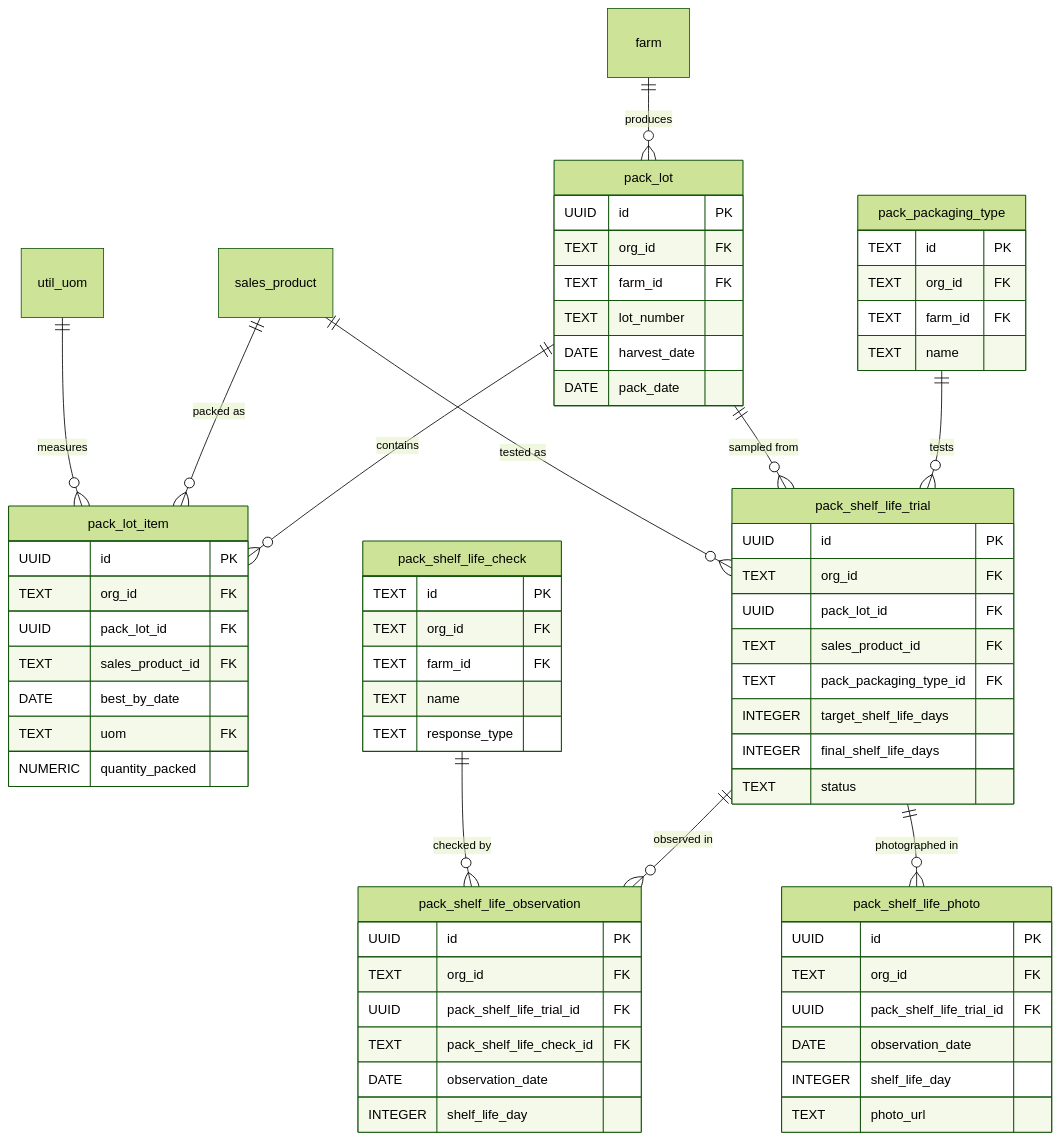
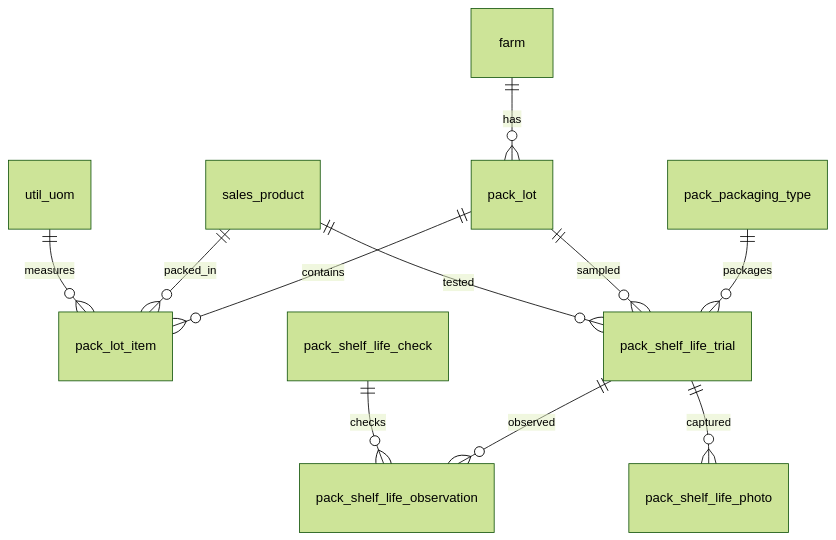
Before and after one commit to Hawaii-Farming/aloha-app: the diagram in docs/schemas/20260319_05_pack.md, drawn with Mermaid (forest theme). The commit also changed other lines of this file and 4 other files, not shown here.

First line of the commit message:
Standardize pack ERD format, replace packaging column with pack_packaging_type FK

````diff
--- a/docs/schemas/20260319_05_pack.md
+++ b/docs/schemas/20260319_05_pack.md
@@ -13,77 +13,14 @@
 ```mermaid
 erDiagram
-    farm ||--o{ pack_lot : "produces"
-    pack_lot ||--o{ pack_lot_item : "contains"
-    sales_product ||--o{ pack_lot_item : "packed as"
-    util_uom ||--o{ pack_lot_item : "measures"
+    farm ||--o{ pack_lot : has
+    pack_lot ||--o{ pack_lot_item : contains
+    sales_product ||--o{ pack_lot_item : packed_in
+    util_uom ||--o{ pack_lot_item : measures
 
-    pack_packaging_type ||--o{ pack_shelf_life_trial : "tests"
-    pack_lot ||--o{ pack_shelf_life_trial : "sampled from"
-    sales_product ||--o{ pack_shelf_life_trial : "tested as"
-    pack_shelf_life_trial ||--o{ pack_shelf_life_observation : "observed in"
-    pack_shelf_life_check ||--o{ pack_shelf_life_observation : "checked by"
-    pack_shelf_life_trial ||--o{ pack_shelf_life_photo : "photographed in"
-
-    pack_lot {
-        UUID id PK
-        TEXT org_id FK
-        TEXT farm_id FK
-        TEXT lot_number
-        DATE harvest_date
-        DATE pack_date
-    }
-
-    pack_lot_item {
-        UUID id PK
-        TEXT org_id FK
-        UUID pack_lot_id FK
-        TEXT sales_product_id FK
-        DATE best_by_date
-        TEXT uom FK
-        NUMERIC quantity_packed
-    }
-
-    pack_packaging_type {
-        TEXT id PK
-        TEXT org_id FK
-        TEXT farm_id FK
-        TEXT name
-    }
-
-    pack_shelf_life_check {
-        TEXT id PK
-        TEXT org_id FK
-        TEXT farm_id FK
-        TEXT name
-        TEXT response_type
-    }
-
-    pack_shelf_life_trial {
-        UUID id PK
-        TEXT org_id FK
-        UUID pack_lot_id FK
-        TEXT sales_product_id FK
-        TEXT pack_packaging_type_id FK
-        INTEGER target_shelf_life_days
-        INTEGER final_shelf_life_days
-        TEXT status
-    }
-
-    pack_shelf_life_observation {
-        UUID id PK
-        TEXT org_id FK
-        UUID pack_shelf_life_trial_id FK
-        TEXT pack_shelf_life_check_id FK
-        DATE observation_date
-        INTEGER shelf_life_day
-    }
-
-    pack_shelf_life_photo {
-        UUID id PK
-        TEXT org_id FK
-        UUID pack_shelf_life_trial_id FK
-        DATE observation_date
-        INTEGER shelf_life_day
-        TEXT photo_url
-    }
+    pack_packaging_type ||--o{ pack_shelf_life_trial : packages
+    pack_lot ||--o{ pack_shelf_life_trial : sampled
+    sales_product ||--o{ pack_shelf_life_trial : tested
+    pack_shelf_life_trial ||--o{ pack_shelf_life_observation : observed
+    pack_shelf_life_check ||--o{ pack_shelf_life_observation : checks
+    pack_shelf_life_trial ||--o{ pack_shelf_life_photo : captured
 ```
````
